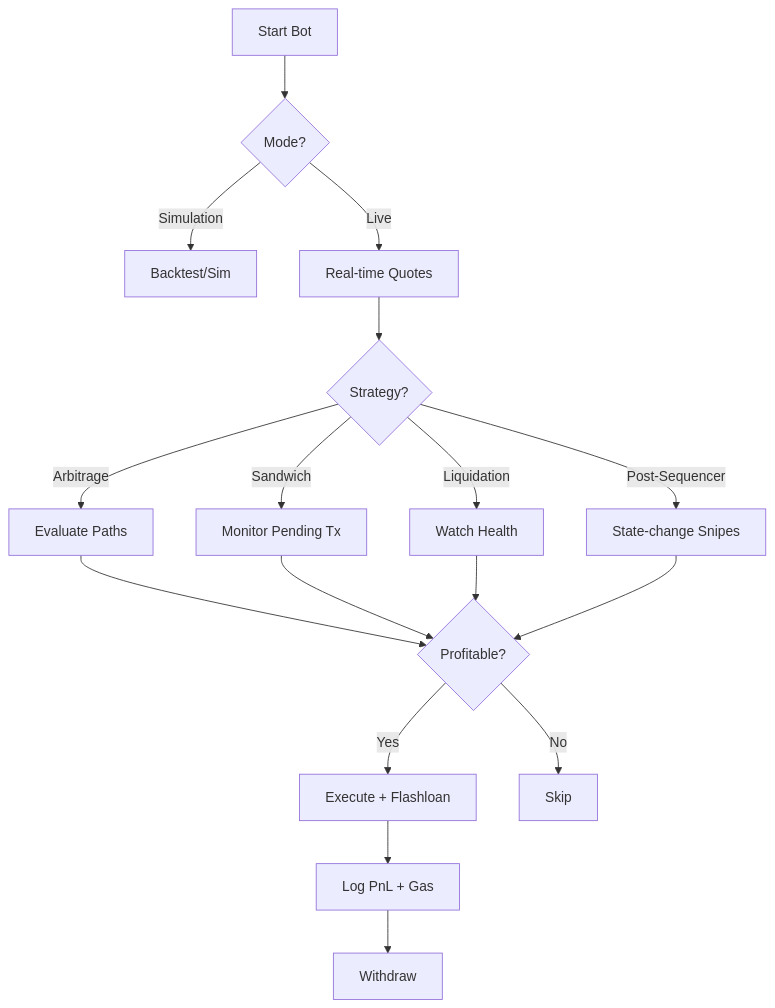
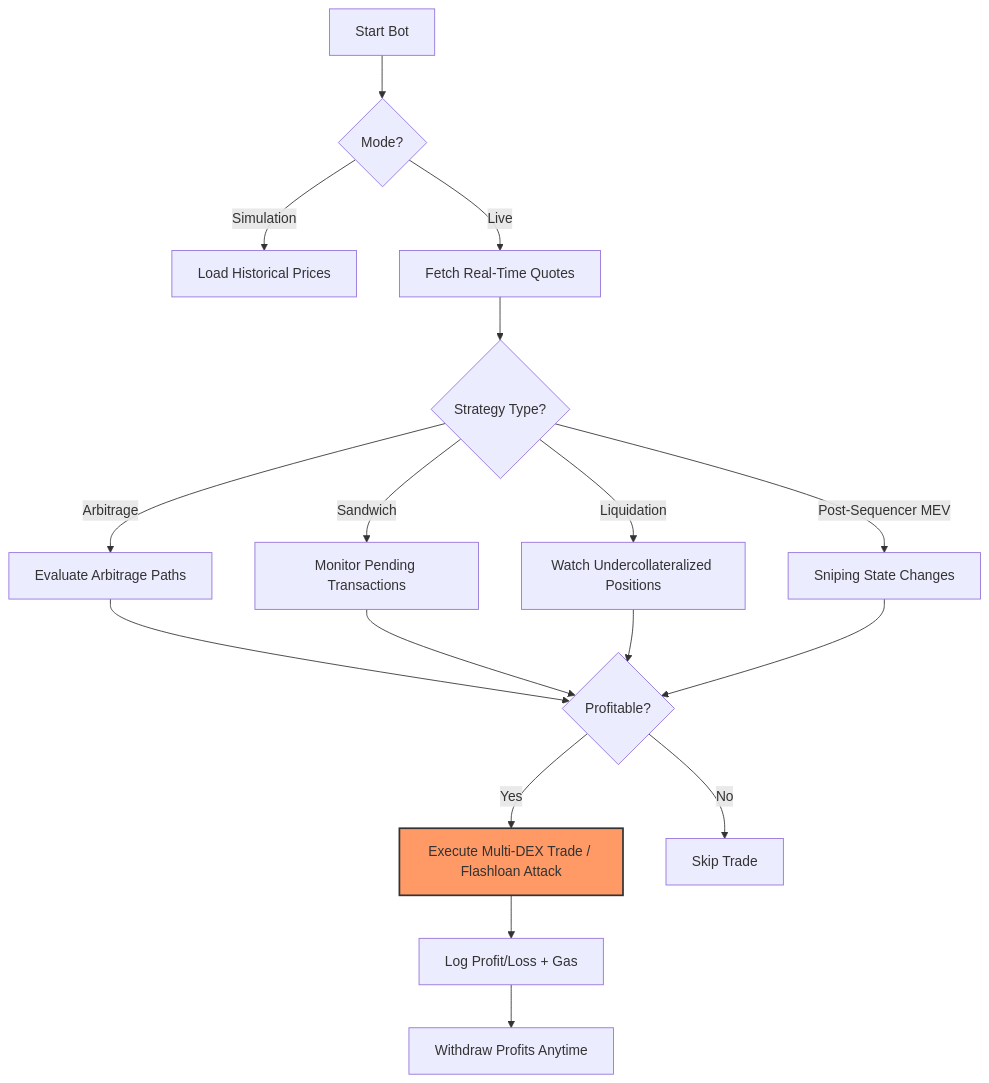
Before and after one commit to Gokulceo/uniswap-v3-mev-bot: the sixth of 7 diagrams in README.md, drawn with Mermaid. The commit also changed other lines of this file, not shown here.

````diff
--- a/README.md
+++ b/README.md
@@ -58,14 +241,27 @@
 ```mermaid
 flowchart TD
-  A[Start Bot] --> B{Mode?}
-  B -->|Simulation| C[Backtest/Sim]
-  B -->|Live| D[Real-time Quotes]
-  D --> E{Strategy?}
-  E -->|Arbitrage| F[Evaluate Paths]
-  E -->|Sandwich| G[Monitor Pending Tx]
-  E -->|Liquidation| H[Watch Health]
-  E -->|Post-Sequencer| I[State-change Snipes]
-  F --> J{Profitable?}; G --> J; H --> J; I --> J
-  J -->|Yes| K[Execute + Flashloan]; J -->|No| L[Skip]
-  K --> M[Log PnL + Gas] --> N[Withdraw]
+    A[Start Bot] --> B{Mode?}
+    B -->|Simulation| C[Load Historical Prices]
+    B -->|Live| D[Fetch Real-Time Quotes]
+
+    D --> E{Strategy Type?}
+    E -->|Arbitrage| F[Evaluate Arbitrage Paths]
+    E -->|Sandwich| G[Monitor Pending Transactions]
+    E -->|Liquidation| H[Watch Undercollateralized Positions]
+    E -->|Post-Sequencer MEV| I[Sniping State Changes]
+
+    F --> J{Profitable?}
+    G --> J
+    H --> J
+    I --> J
+
+    J -->|Yes| K[Execute Multi-DEX Trade / Flashloan Attack]
+    J -->|No| L[Skip Trade]
+
+    K --> M[Log Profit/Loss + Gas]
+    M --> N[Withdraw Profits Anytime]
+
+    %% Highlight dominant aggressive mode
+    classDef aggressive fill:#f96,stroke:#333,stroke-width:2px;
+    K:::aggressive
 ```
````
